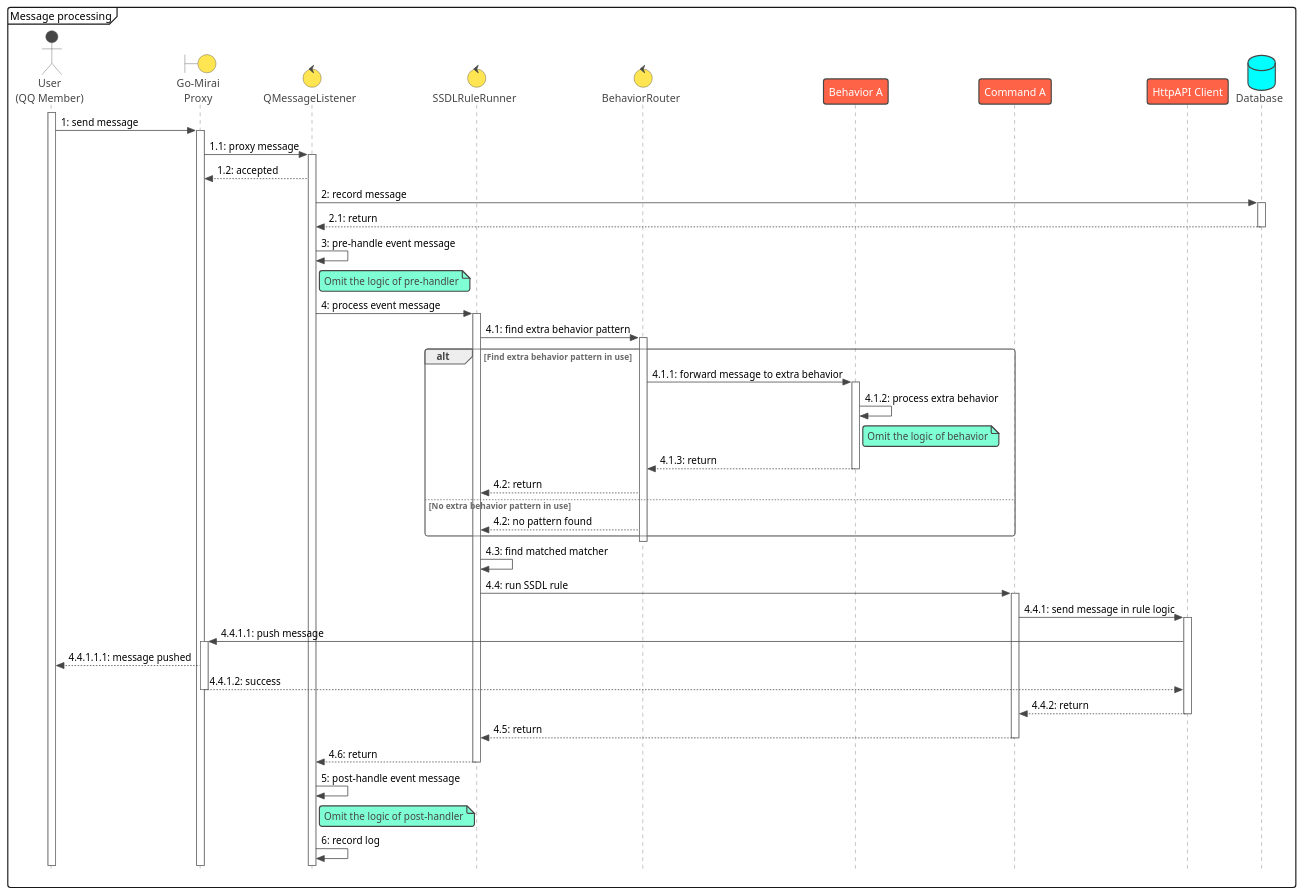
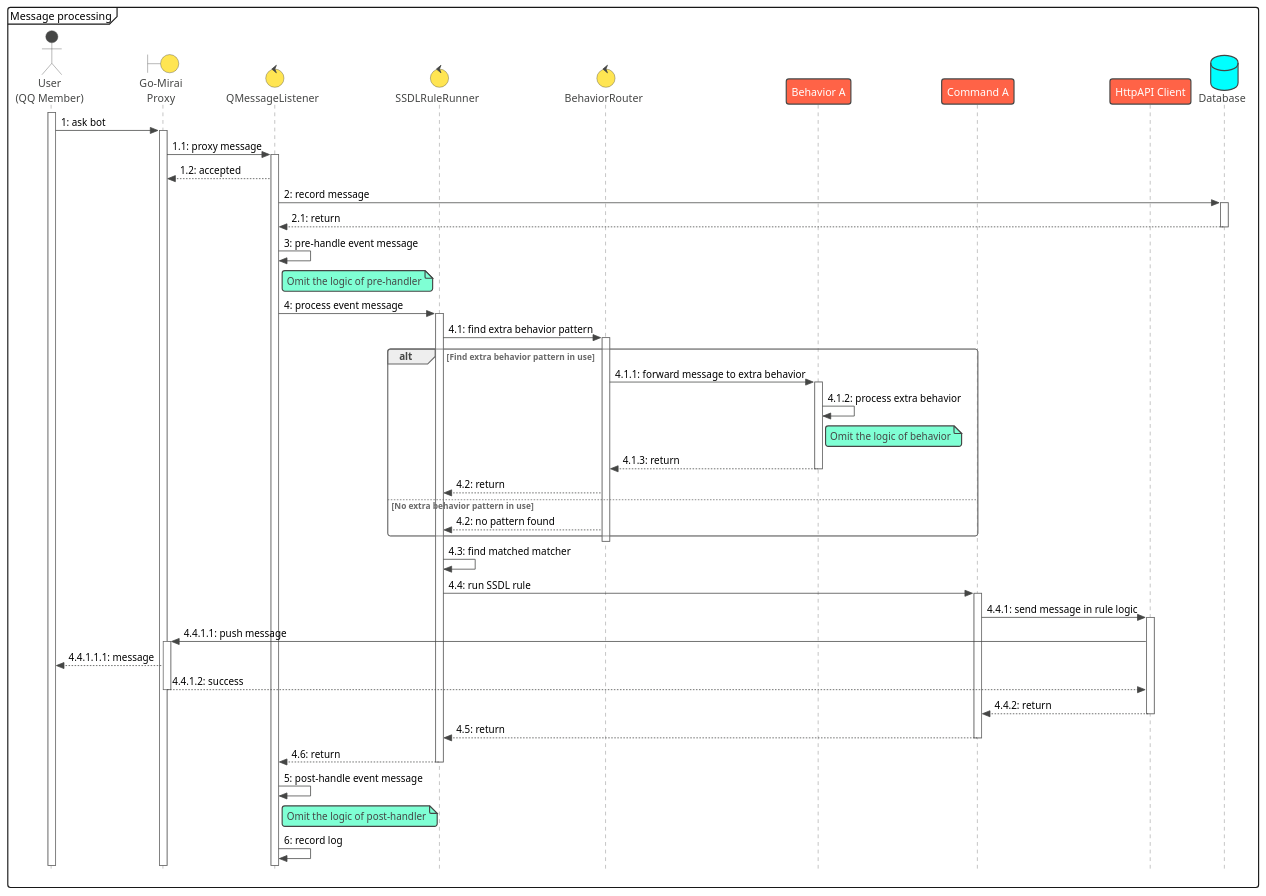
One commit to SinarPandora/UML-Practice changed the diagram in diagram/sequence.puml. Above: the diagram before and after it, drawn with PlantUML. The commit also changed 1 other file, not shown here.

Commit message:
Update part of diagrams

```diff
--- a/diagram/sequence.puml
+++ b/diagram/sequence.puml
@@ -1,63 +1,63 @@
 @startuml
 !theme vibrant
 skinparam style strictuml
 mainframe Message processing
 
 actor "User\n(QQ Member)"       as user
 boundary "Go-Mirai\nProxy"      as proxy
 control "QMessageListener"      as listener
 control "SSDLRuleRunner"        as ruleRunner
 control "BehaviorRouter"        as bRouter
 participant "Behavior A"        as exb
 participant "Command A"         as cmd
 participant "HttpAPI Client"    as api
 database "Database"             as db
 
 'Receive Message
 user++
-user -> proxy ++: 1: send message
+user -> proxy ++: 1: ask bot
 
 'Async message push
 proxy -> listener++ : 1.1: proxy message
 listener --> proxy : 1.2: accepted
 
 
 'Record message
 listener -> db++ : 2: record message
 listener <-- db-- : 2.1: return
 
 'Message match and process
 'Pre processing
 listener -> listener : 3: pre-handle event message
 note right of listener : Omit the logic of pre-handler
 listener -> ruleRunner++ : 4: process event message
 
 'Extra behavior
 ruleRunner -> bRouter++ : 4.1: find extra behavior pattern
 alt Find extra behavior pattern in use
         bRouter -> exb++ : 4.1.1: forward message to extra behavior
         exb -> exb: 4.1.2: process extra behavior
         note right of exb : Omit the logic of behavior
         bRouter <-- exb-- : 4.1.3: return
     ruleRunner <-- bRouter : 4.2: return
 else No extra behavior pattern in use
     ruleRunner <-- bRouter : 4.2: no pattern found
 end
 bRouter--
 
 'Run rule
 ruleRunner -> ruleRunner : 4.3: find matched matcher
 ruleRunner -> cmd++ : 4.4: run SSDL rule
     cmd -> api++ : 4.4.1: send message in rule logic
         api -> proxy++ : 4.4.1.1: push message
-            proxy --> user : 4.4.1.1.1: message pushed
+            proxy --> user : 4.4.1.1.1: message
         proxy --> api-- : 4.4.1.2: success
     api --> cmd-- : 4.4.2: return
 cmd --> ruleRunner-- : 4.5: return
 ruleRunner --> listener-- : 4.6: return
 
 'Post processing
 listener -> listener : 5: post-handle event message
 note right of listener : Omit the logic of post-handler
 listener -> listener : 6: record log
 @enduml
```
